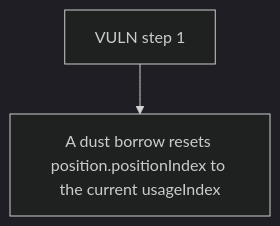
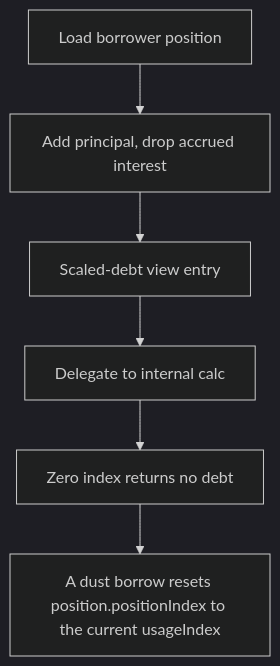
The diagram in 63402-h-02-borrowers-can-avoid-paying-interest-for-lenders-pashov_exp/63402-h-02-borrowers-can-avoid-paying-interest-for-lenders-pashov_exp.md (sanbir/evm-hack-registry), drawn with Mermaid (dark theme) before and after one commit. The commit also changed other lines of this file and 79 other files, not shown here.

````diff
--- a/63402-h-02-borrowers-can-avoid-paying-interest-for-lenders-pashov_exp/63402-h-02-borrowers-can-avoid-paying-interest-for-lenders-pashov_exp.md
+++ b/63402-h-02-borrowers-can-avoid-paying-interest-for-lenders-pashov_exp/63402-h-02-borrowers-can-avoid-paying-interest-for-lenders-pashov_exp.md
@@ -28,6 +28,14 @@
 ```mermaid
 flowchart TD
-  S0["VULN step 1"]
+  S0["Load borrower position"]
+  S1["Add principal, drop accrued interest"]
+  S2["Scaled-debt view entry"]
+  S3["Delegate to internal calc"]
+  S4["Zero index returns no debt"]
   H["A dust borrow resets position.positionIndex to the current usageIndex "]
-  S0 --> H
+  S0 --> S1
+  S1 --> S2
+  S2 --> S3
+  S3 --> S4
+  S4 --> H
 ```
````
